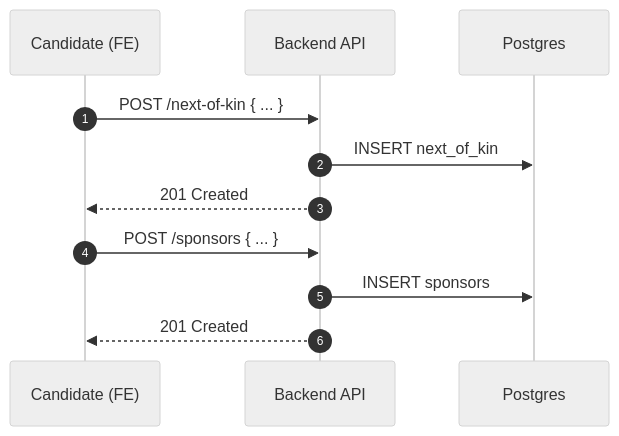
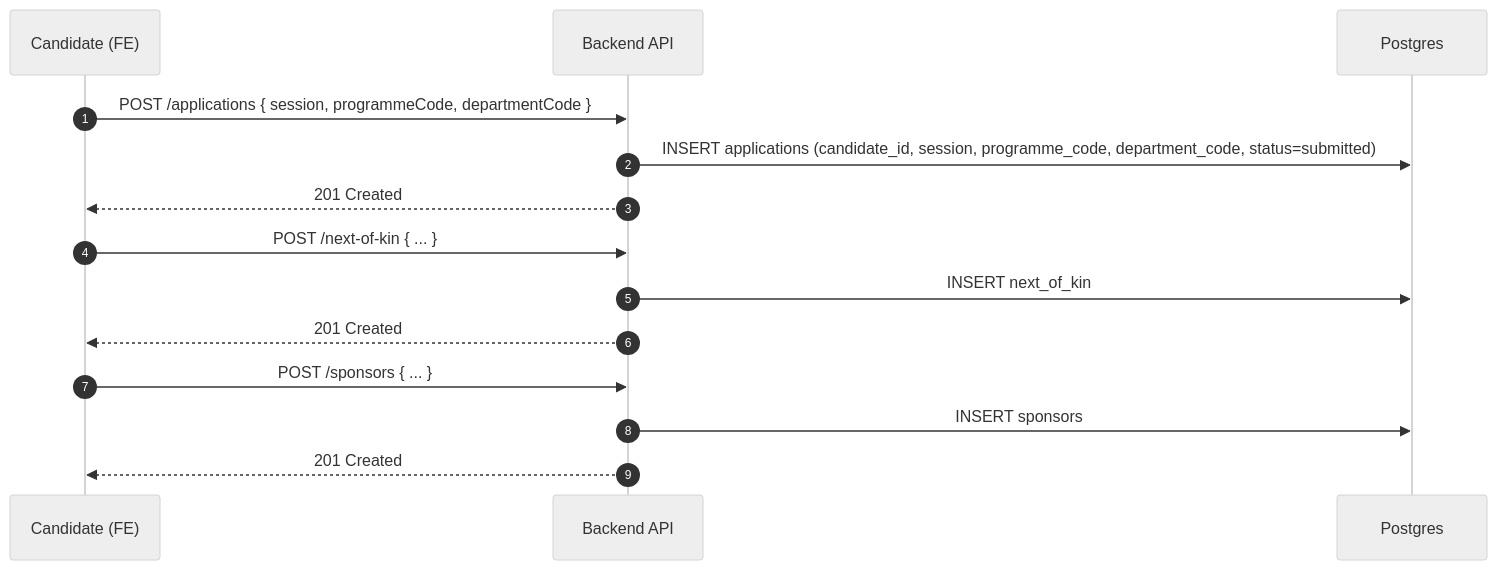
The seventh of 20 diagrams in docs/sequence-diagrams.md (sbikelly/fuep_api), drawn with Mermaid (neutral theme) before and after one commit. The commit also changed other lines of this file and 35 other files, not shown here.

````diff
--- a/docs/sequence-diagrams.md
+++ b/docs/sequence-diagrams.md
@@ -144,15 +142,19 @@
 ```mermaid
 sequenceDiagram
   autonumber
   participant U as Candidate (FE)
   participant API as Backend API
   participant DB as Postgres
+
+  U->>API: POST /applications { session, programmeCode, departmentCode }
+  API->>DB: INSERT applications (candidate_id, session, programme_code, department_code, status=submitted)
+  API-->>U: 201 Created
 
   U->>API: POST /next-of-kin { ... }
   API->>DB: INSERT next_of_kin
   API-->>U: 201 Created
 
   U->>API: POST /sponsors { ... }
   API->>DB: INSERT sponsors
   API-->>U: 201 Created
 ```
````
